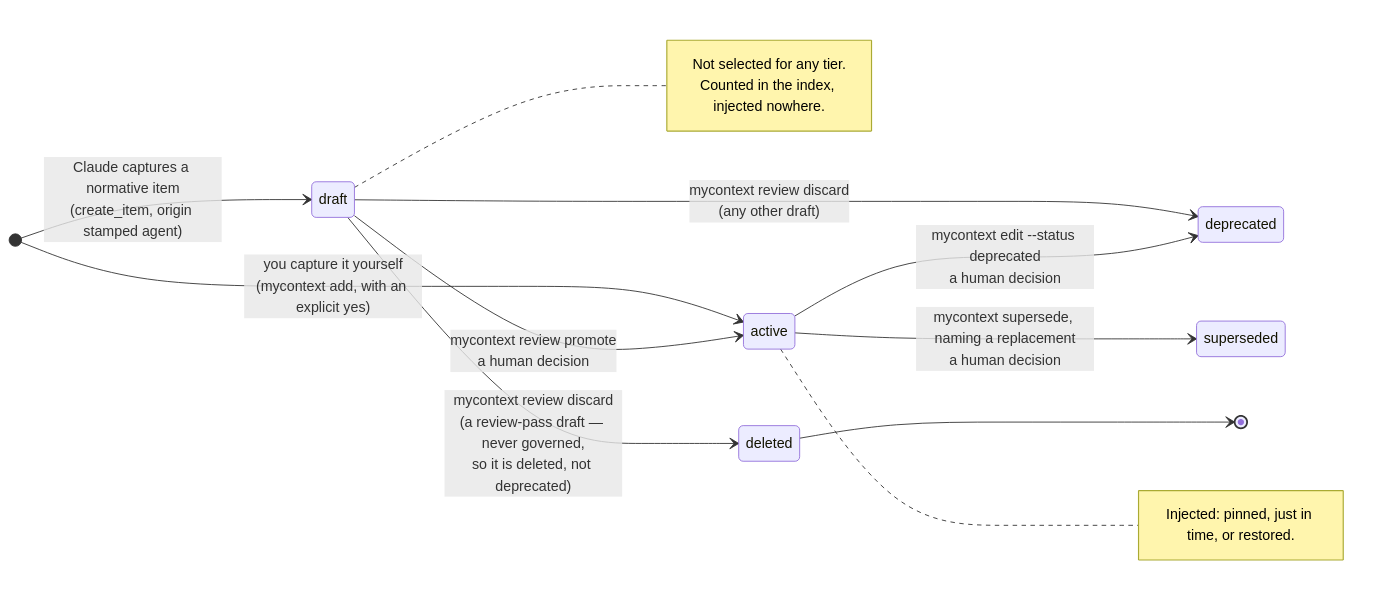
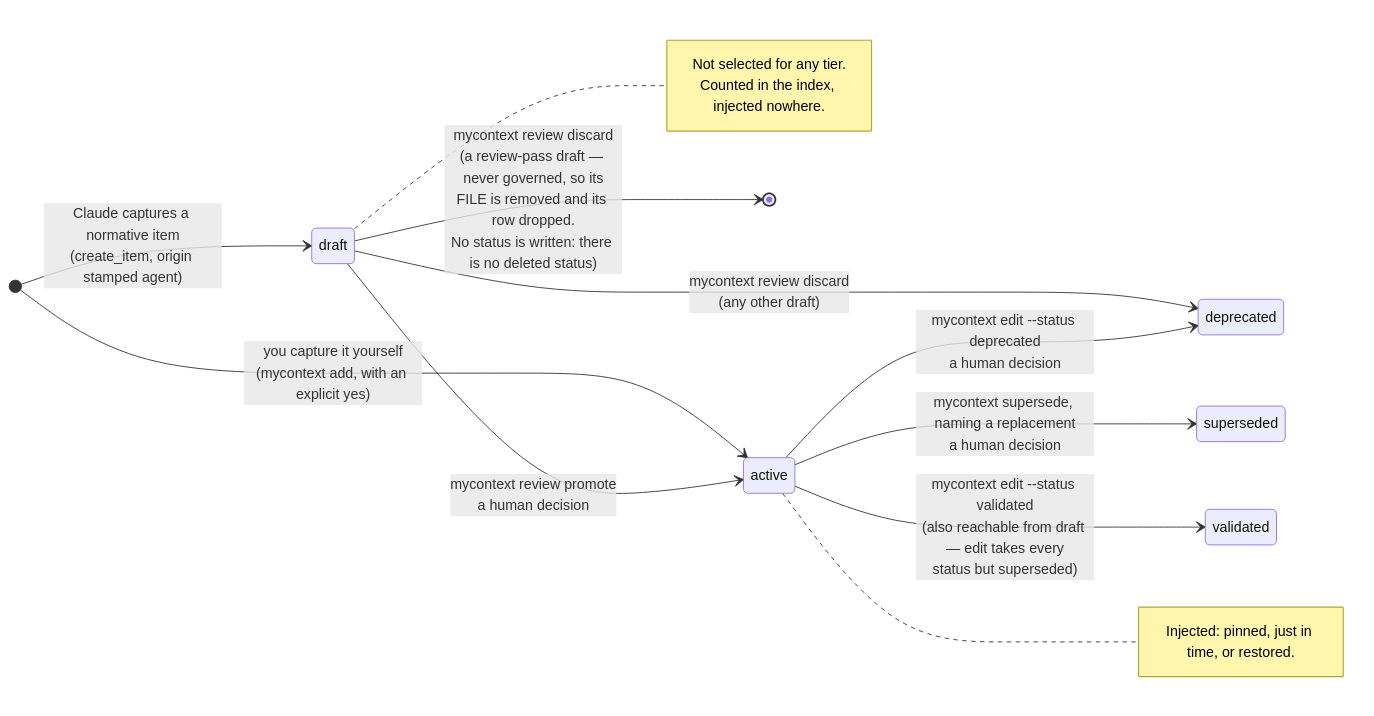
One commit to Dudi-Bar-On/my-context changed the second of 2 diagrams in docs/capabilities/01-items-and-corpus.md. Above: the diagram before and after it, drawn with Mermaid. The commit also changed other lines of this file and 35 other files, not shown here.

````diff
--- a/docs/capabilities/01-items-and-corpus.md
+++ b/docs/capabilities/01-items-and-corpus.md
@@ -191,19 +201,19 @@
 ```mermaid
 stateDiagram-v2
   direction LR
   [*] --> draft: Claude captures a normative item<br/>(create_item, origin stamped agent)
   [*] --> active: you capture it yourself<br/>(mycontext add, with an explicit yes)
   draft --> active: mycontext review promote<br/>a human decision
   draft --> deprecated: mycontext review discard<br/>(any other draft)
-  draft --> deleted: mycontext review discard<br/>(a review-pass draft — never governed,<br/>so it is deleted, not deprecated)
+  draft --> [*]: mycontext review discard<br/>(a review-pass draft — never governed, so its<br/>FILE is removed and its row dropped.<br/>No status is written: there is no deleted status)
   active --> deprecated: mycontext edit --status deprecated<br/>a human decision
   active --> superseded: mycontext supersede, naming a replacement<br/>a human decision
-  deleted --> [*]
+  active --> validated: mycontext edit --status validated<br/>(also reachable from draft — edit takes every<br/>status but superseded)
   note right of draft
     Not selected for any tier.
     Counted in the index, injected nowhere.
   end note
   note right of active
     Injected: pinned, just in time, or restored.
   end note
 ```
````
